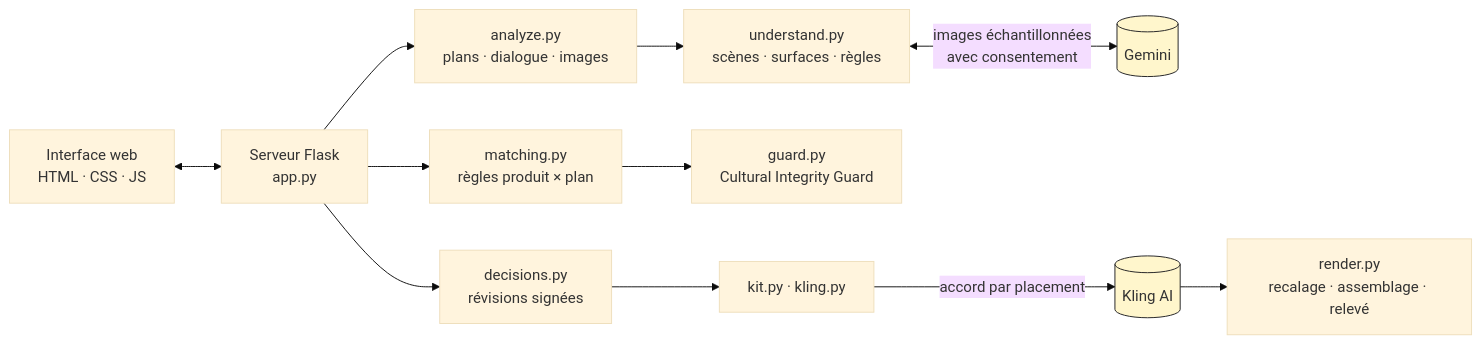
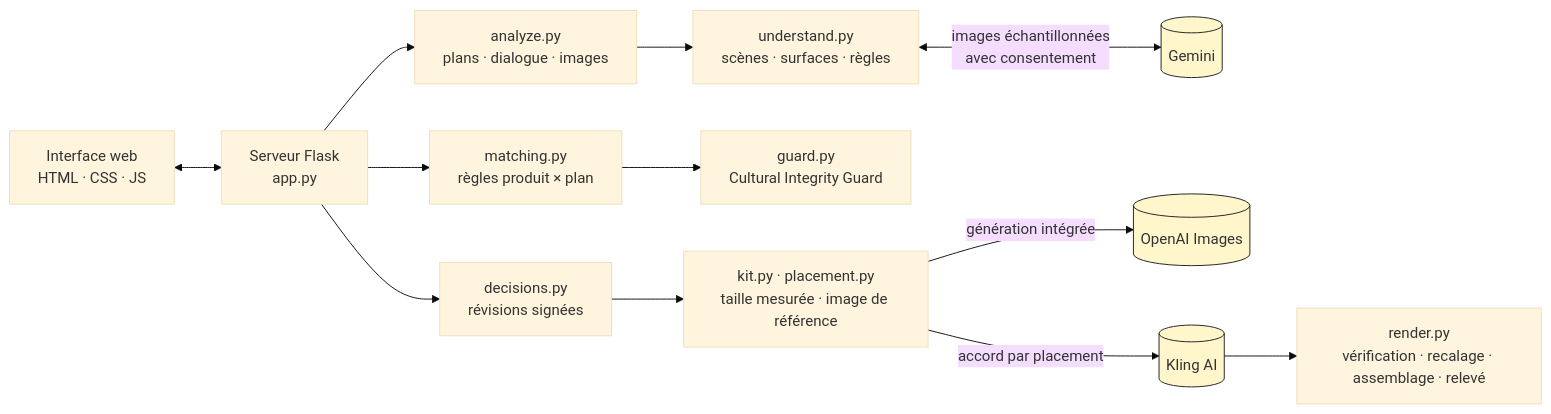
The second of 2 diagrams in README.md (MohamedYassineTurki/SceneLine), drawn with Mermaid (base theme) before and after one commit. The commit also changed other lines of this file and 6 other files, not shown here.

First line of the commit message:
README et documentation : la série tunisienne et l'image de référence

````diff
--- a/README.md
+++ b/README.md
@@ -111,15 +154,16 @@
 ```mermaid
 flowchart LR
     UI["Interface web<br/>HTML · CSS · JS"] <--> API["Serveur Flask<br/>app.py"]
     API --> L1["analyze.py<br/>plans · dialogue · images"]
     L1 --> L2["understand.py<br/>scènes · surfaces · règles"]
     L2 <-->|"images échantillonnées<br/>avec consentement"| GEM[("Gemini")]
     API --> M["matching.py<br/>règles produit × plan"]
     M --> G["guard.py<br/>Cultural Integrity Guard"]
     API --> DEC["decisions.py<br/>révisions signées"]
-    DEC --> K["kit.py · kling.py"]
+    DEC --> K["kit.py · placement.py<br/>taille mesurée · image de référence"]
+    K -->|"génération intégrée"| OAI[("OpenAI Images")]
     K -->|"accord par placement"| KL[("Kling AI")]
-    KL --> R["render.py<br/>recalage · assemblage · relevé"]
+    KL --> R["render.py<br/>vérification · recalage · assemblage · relevé"]
     classDef ext fill:#fff6cc,stroke:#1d1d1f
-    class GEM,KL ext
+    class GEM,KL,OAI ext
 ```
````
